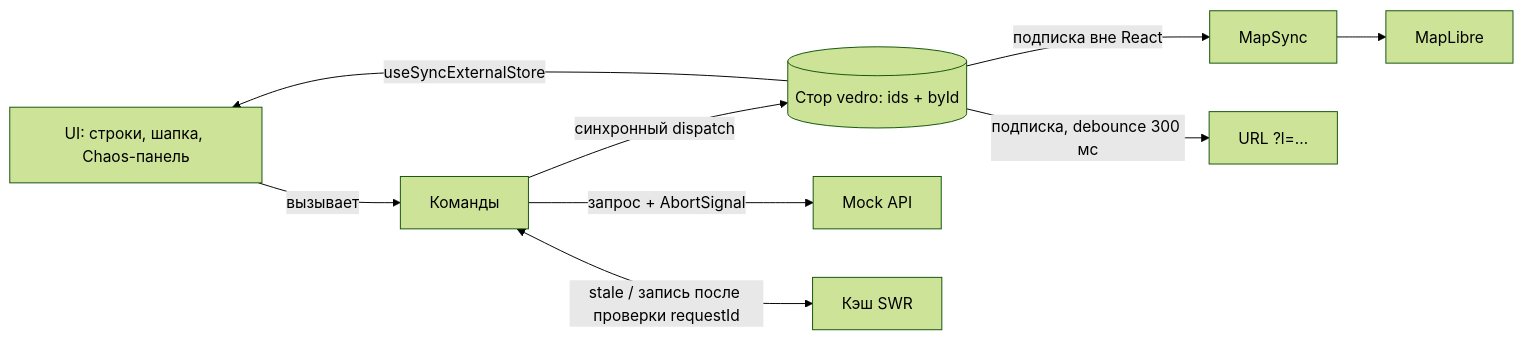
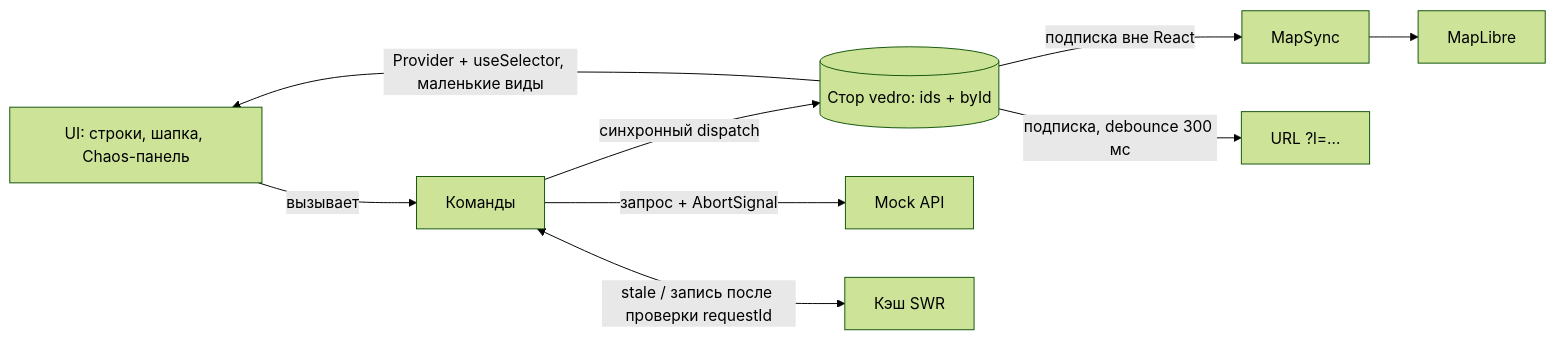
Before and after one commit to zalkar-mm/layers: the diagram in README.md, drawn with Mermaid (forest theme). The commit also changed other lines of this file and 240 other files, not shown here.

````diff
--- a/README.md
+++ b/README.md
@@ -38,10 +38,10 @@
 ```mermaid
 flowchart LR
   UI["UI: строки, шапка, Chaos-панель"] -->|вызывает| CMD["Команды"]
   CMD -->|синхронный dispatch| STORE[("Стор vedro: ids + byId")]
   CMD -->|запрос + AbortSignal| API["Mock API"]
   CMD <-->|stale / запись после проверки requestId| CACHE["Кэш SWR"]
-  STORE -->|useSyncExternalStore| UI
+  STORE -->|Provider + useSelector, маленькие виды| UI
   STORE -->|подписка вне React| SYNC["MapSync"] --> MAP["MapLibre"]
   STORE -->|подписка, debounce 300 мс| URL["URL ?l=…"]
 ```
````
